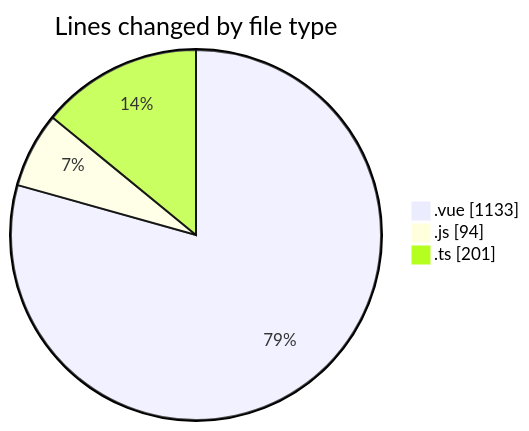
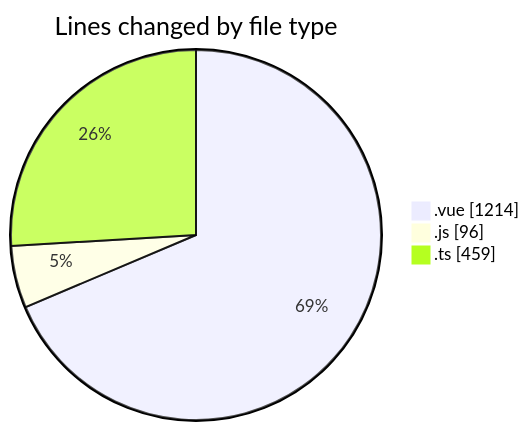
One commit to lephambinh05/code-tracking changed the first of 2 diagrams in 2025-08-12/rentotp/README.md. Above: the diagram before and after it, drawn with Mermaid. The commit also changed other lines of this file and 1 other file, not shown here.

````diff
--- a/2025-08-12/rentotp/README.md
+++ b/2025-08-12/rentotp/README.md
@@ -25,7 +28,7 @@
 ```mermaid
 pie showData
 title Lines changed by file type
-".vue" : 1133
-".js" : 94
-".ts" : 201
+".vue" : 1214
+".js" : 96
+".ts" : 459
 ```
````
